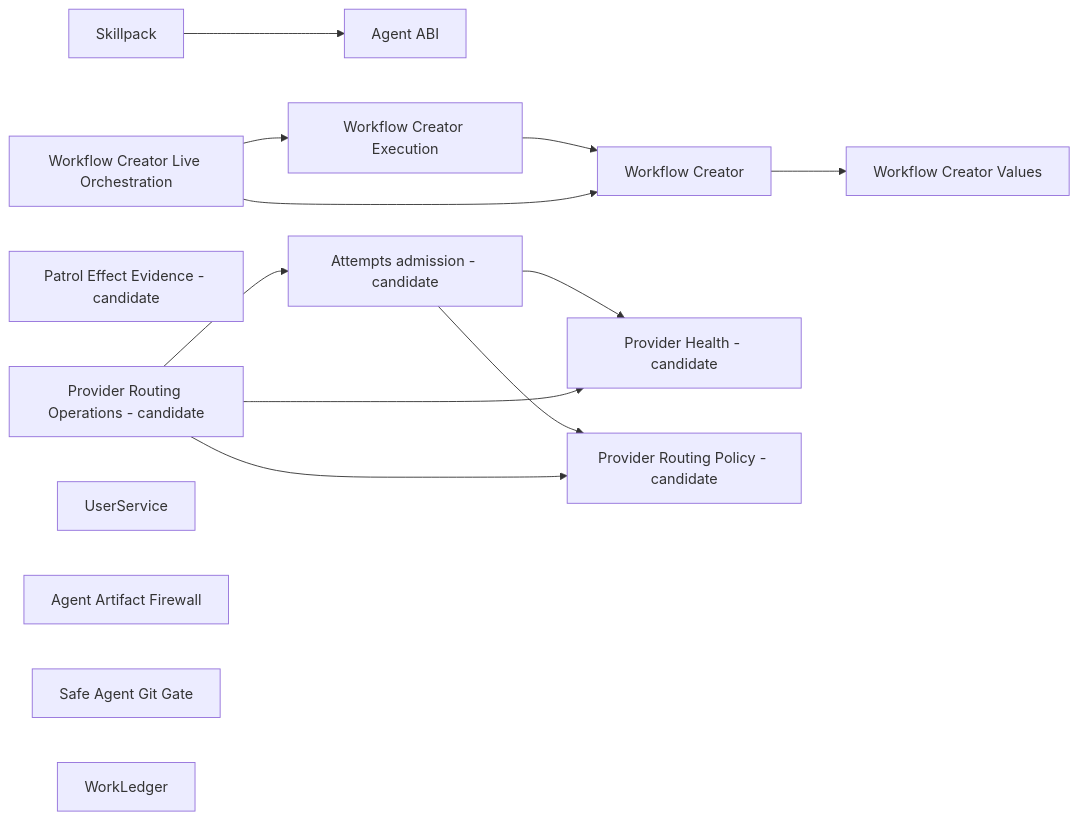
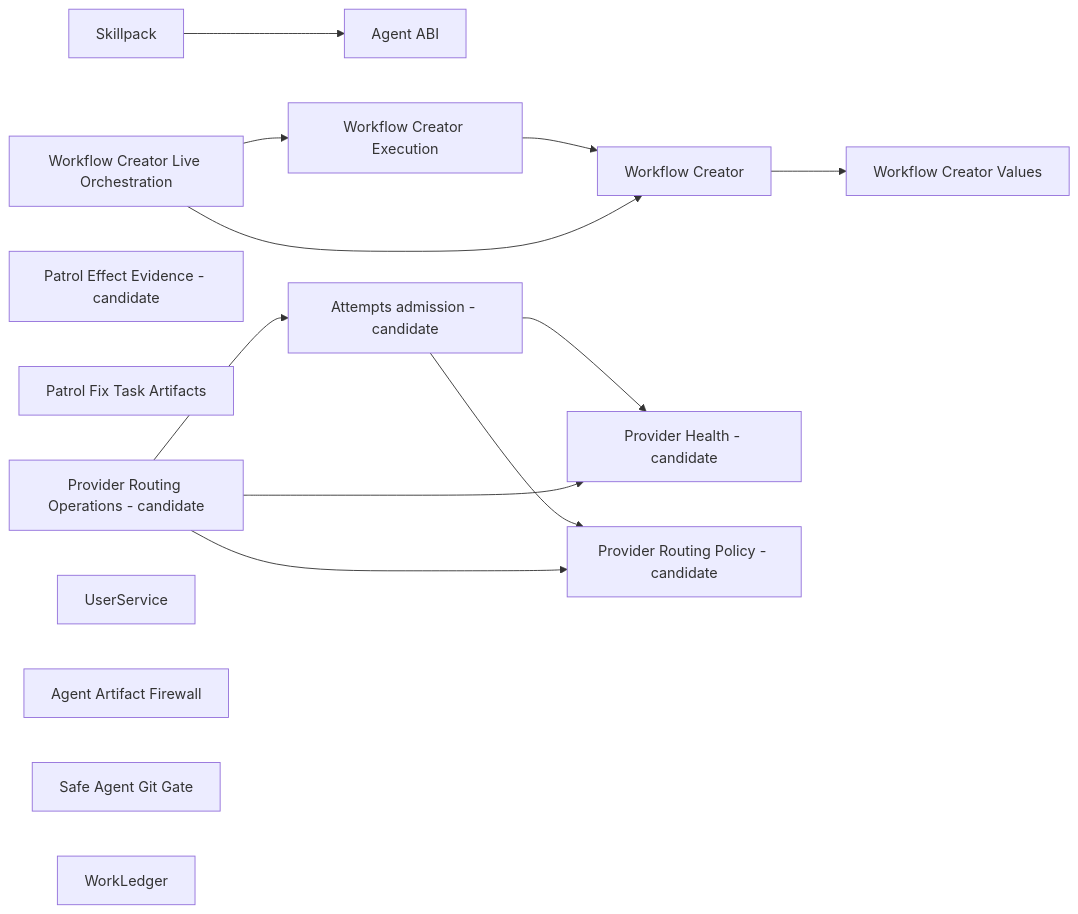
Before and after one commit to ivankuznetsov/hive: the diagram in wiki/component-boundaries.md, drawn with Mermaid. The commit also changed other lines of this file and 38 other files, not shown here.

````diff
--- a/wiki/component-boundaries.md
+++ b/wiki/component-boundaries.md
@@ -58,18 +59,19 @@
 ```mermaid
 flowchart LR
   skillpack[Skillpack] --> agent_abi[Agent ABI]
   workflow_execution[Workflow Creator Execution] --> workflow_core[Workflow Creator]
   workflow_live[Workflow Creator Live Orchestration] --> workflow_execution
   workflow_live --> workflow_core
   workflow_core[Workflow Creator] --> workflow_values[Workflow Creator Values]
   patrol_effects[Patrol Effect Evidence - candidate]
+  patrol_fix[Patrol Fix Task Artifacts]
   attempts[Attempts admission - candidate] --> provider_health[Provider Health - candidate]
   attempts --> provider_routing[Provider Routing Policy - candidate]
   routing_operations[Provider Routing Operations - candidate] --> attempts
   routing_operations --> provider_health
   routing_operations --> provider_routing
   user_service[UserService]
   artifact_firewall[Agent Artifact Firewall]
   git_gate[Safe Agent Git Gate]
   work_ledger[WorkLedger]
 ```
````
